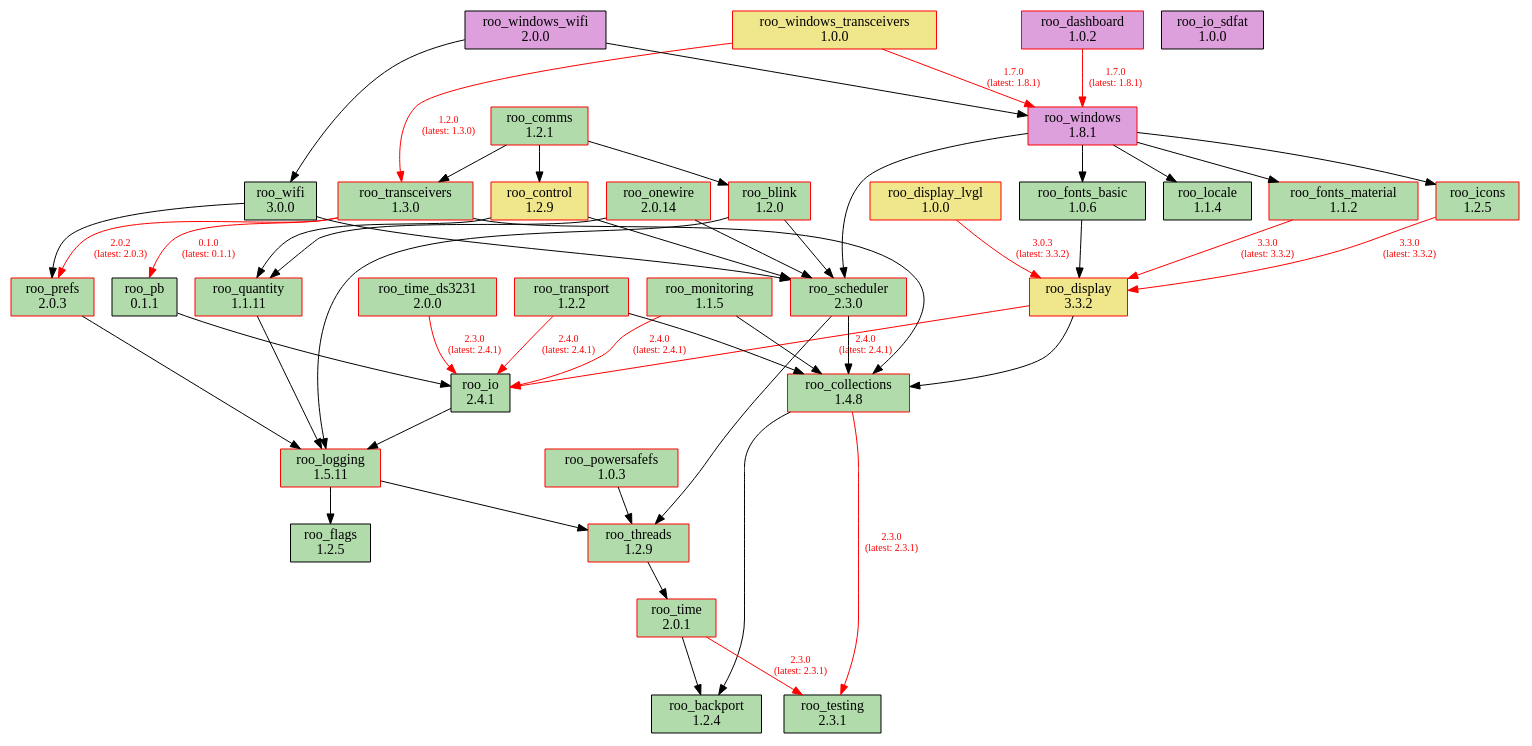
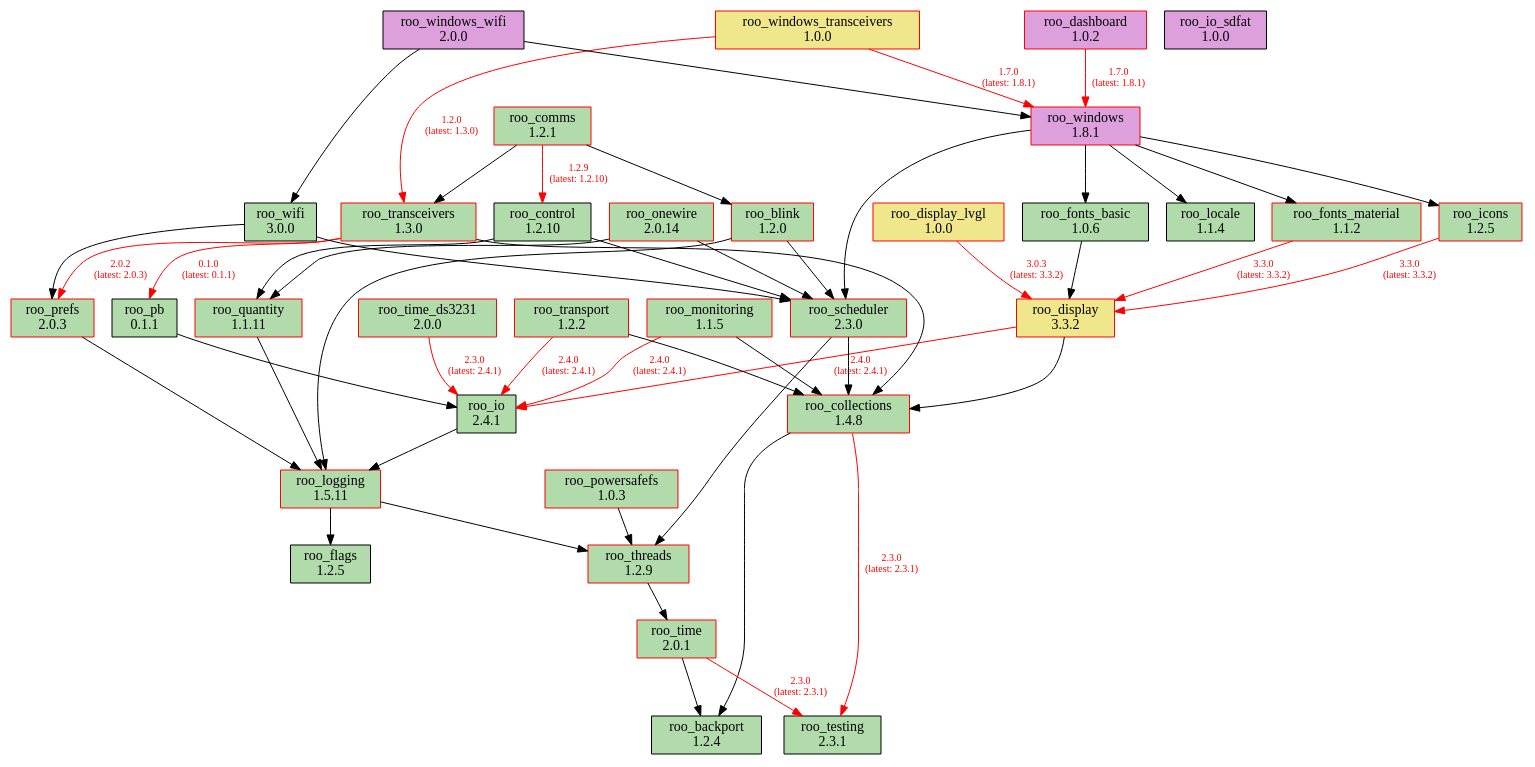
The diagram in doc/dependencies.dot (dejwk/roo-registry), drawn with Graphviz before and after one commit. The commit also changed 3 other files, not shown here.

Commit message:
Added roo_control 1.2.10 to the registry.

```diff
--- a/doc/dependencies.dot
+++ b/doc/dependencies.dot
@@ -1,91 +1,91 @@
 digraph dependencies {
     rankdir=TB;
     node [shape=box, style=filled];
     edge [fontsize=10];
 
     // Modules
     "roo_backport" [label="roo_backport\n1.2.4", fillcolor="#b1dbab", color="black"];
     "roo_blink" [label="roo_blink\n1.2.0", fillcolor="#b1dbab", color="red"];
     "roo_collections" [label="roo_collections\n1.4.8", fillcolor="#b1dbab", color="red"];
     "roo_comms" [label="roo_comms\n1.2.1", fillcolor="#b1dbab", color="red"];
-    "roo_control" [label="roo_control\n1.2.9", fillcolor="khaki", color="red"];
+    "roo_control" [label="roo_control\n1.2.10", fillcolor="#b1dbab", color="black"];
     "roo_dashboard" [label="roo_dashboard\n1.0.2", fillcolor="plum", color="red"];
     "roo_display" [label="roo_display\n3.3.2", fillcolor="khaki", color="red"];
     "roo_display_lvgl" [label="roo_display_lvgl\n1.0.0", fillcolor="khaki", color="red"];
     "roo_flags" [label="roo_flags\n1.2.5", fillcolor="#b1dbab", color="black"];
     "roo_fonts_basic" [label="roo_fonts_basic\n1.0.6", fillcolor="#b1dbab", color="black"];
     "roo_fonts_material" [label="roo_fonts_material\n1.1.2", fillcolor="#b1dbab", color="red"];
     "roo_icons" [label="roo_icons\n1.2.5", fillcolor="#b1dbab", color="red"];
     "roo_io" [label="roo_io\n2.4.1", fillcolor="#b1dbab", color="black"];
     "roo_io_sdfat" [label="roo_io_sdfat\n1.0.0", fillcolor="plum", color="black"];
     "roo_locale" [label="roo_locale\n1.1.4", fillcolor="#b1dbab", color="black"];
     "roo_logging" [label="roo_logging\n1.5.11", fillcolor="#b1dbab", color="red"];
     "roo_monitoring" [label="roo_monitoring\n1.1.5", fillcolor="#b1dbab", color="red"];
     "roo_onewire" [label="roo_onewire\n2.0.14", fillcolor="#b1dbab", color="red"];
     "roo_pb" [label="roo_pb\n0.1.1", fillcolor="#b1dbab", color="black"];
     "roo_powersafefs" [label="roo_powersafefs\n1.0.3", fillcolor="#b1dbab", color="red"];
     "roo_prefs" [label="roo_prefs\n2.0.3", fillcolor="#b1dbab", color="red"];
     "roo_quantity" [label="roo_quantity\n1.1.11", fillcolor="#b1dbab", color="red"];
     "roo_scheduler" [label="roo_scheduler\n2.3.0", fillcolor="#b1dbab", color="red"];
     "roo_testing" [label="roo_testing\n2.3.1", fillcolor="#b1dbab", color="black"];
     "roo_threads" [label="roo_threads\n1.2.9", fillcolor="#b1dbab", color="red"];
     "roo_time" [label="roo_time\n2.0.1", fillcolor="#b1dbab", color="red"];
     "roo_time_ds3231" [label="roo_time_ds3231\n2.0.0", fillcolor="#b1dbab", color="red"];
     "roo_transceivers" [label="roo_transceivers\n1.3.0", fillcolor="#b1dbab", color="red"];
     "roo_transport" [label="roo_transport\n1.2.2", fillcolor="#b1dbab", color="red"];
     "roo_wifi" [label="roo_wifi\n3.0.0", fillcolor="#b1dbab", color="black"];
     "roo_windows" [label="roo_windows\n1.8.1", fillcolor="plum", color="red"];
     "roo_windows_transceivers" [label="roo_windows_transceivers\n1.0.0", fillcolor="khaki", color="red"];
     "roo_windows_wifi" [label="roo_windows_wifi\n2.0.0", fillcolor="plum", color="black"];
 
     // Dependencies
     "roo_blink" -> "roo_logging";
     "roo_blink" -> "roo_scheduler";
     "roo_collections" -> "roo_testing" [color=red, fontcolor=red, label="2.3.0\n(latest: 2.3.1)"];
     "roo_collections" -> "roo_backport";
     "roo_comms" -> "roo_blink";
-    "roo_comms" -> "roo_control";
+    "roo_comms" -> "roo_control" [color=red, fontcolor=red, label="1.2.9\n(latest: 1.2.10)"];
     "roo_comms" -> "roo_transceivers";
     "roo_control" -> "roo_quantity";
     "roo_control" -> "roo_scheduler";
     "roo_dashboard" -> "roo_windows" [color=red, fontcolor=red, label="1.7.0\n(latest: 1.8.1)"];
     "roo_display" -> "roo_collections";
     "roo_display" -> "roo_io" [color=red, fontcolor=red, label="2.4.0\n(latest: 2.4.1)"];
     "roo_display_lvgl" -> "roo_display" [color=red, fontcolor=red, label="3.0.3\n(latest: 3.3.2)"];
     "roo_fonts_basic" -> "roo_display";
     "roo_fonts_material" -> "roo_display" [color=red, fontcolor=red, label="3.3.0\n(latest: 3.3.2)"];
     "roo_icons" -> "roo_display" [color=red, fontcolor=red, label="3.3.0\n(latest: 3.3.2)"];
     "roo_io" -> "roo_logging";
     "roo_logging" -> "roo_flags";
     "roo_logging" -> "roo_threads";
     "roo_monitoring" -> "roo_collections";
     "roo_monitoring" -> "roo_io" [color=red, fontcolor=red, label="2.4.0\n(latest: 2.4.1)"];
     "roo_onewire" -> "roo_scheduler";
     "roo_onewire" -> "roo_quantity";
     "roo_pb" -> "roo_io";
     "roo_powersafefs" -> "roo_threads";
     "roo_prefs" -> "roo_logging";
     "roo_quantity" -> "roo_logging";
     "roo_scheduler" -> "roo_collections";
     "roo_scheduler" -> "roo_threads";
     "roo_threads" -> "roo_time";
     "roo_time" -> "roo_testing" [color=red, fontcolor=red, label="2.3.0\n(latest: 2.3.1)"];
     "roo_time" -> "roo_backport";
     "roo_time_ds3231" -> "roo_io" [color=red, fontcolor=red, label="2.3.0\n(latest: 2.4.1)"];
     "roo_transceivers" -> "roo_pb" [color=red, fontcolor=red, label="0.1.0\n(latest: 0.1.1)"];
     "roo_transceivers" -> "roo_collections";
     "roo_transceivers" -> "roo_prefs" [color=red, fontcolor=red, label="2.0.2\n(latest: 2.0.3)"];
     "roo_transport" -> "roo_collections";
     "roo_transport" -> "roo_io" [color=red, fontcolor=red, label="2.4.0\n(latest: 2.4.1)"];
     "roo_wifi" -> "roo_prefs";
     "roo_wifi" -> "roo_scheduler";
     "roo_windows" -> "roo_fonts_basic";
     "roo_windows" -> "roo_fonts_material";
     "roo_windows" -> "roo_locale";
     "roo_windows" -> "roo_icons";
     "roo_windows" -> "roo_scheduler";
     "roo_windows_transceivers" -> "roo_transceivers" [color=red, fontcolor=red, label="1.2.0\n(latest: 1.3.0)"];
     "roo_windows_transceivers" -> "roo_windows" [color=red, fontcolor=red, label="1.7.0\n(latest: 1.8.1)"];
     "roo_windows_wifi" -> "roo_wifi";
     "roo_windows_wifi" -> "roo_windows";
 }
```
